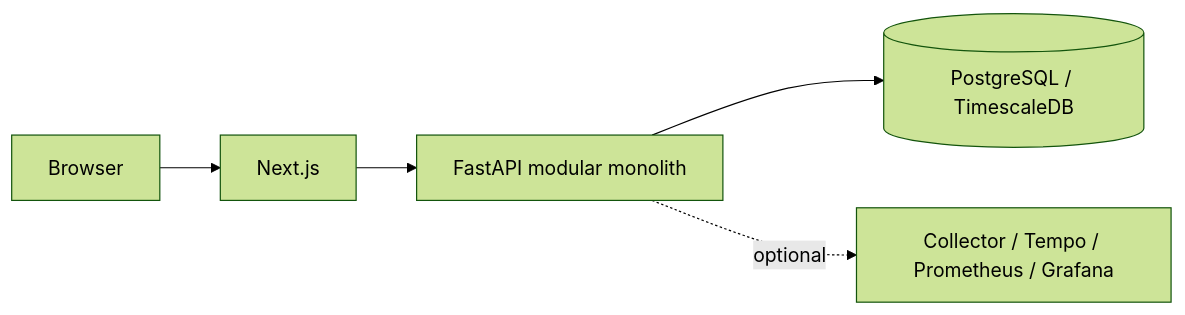
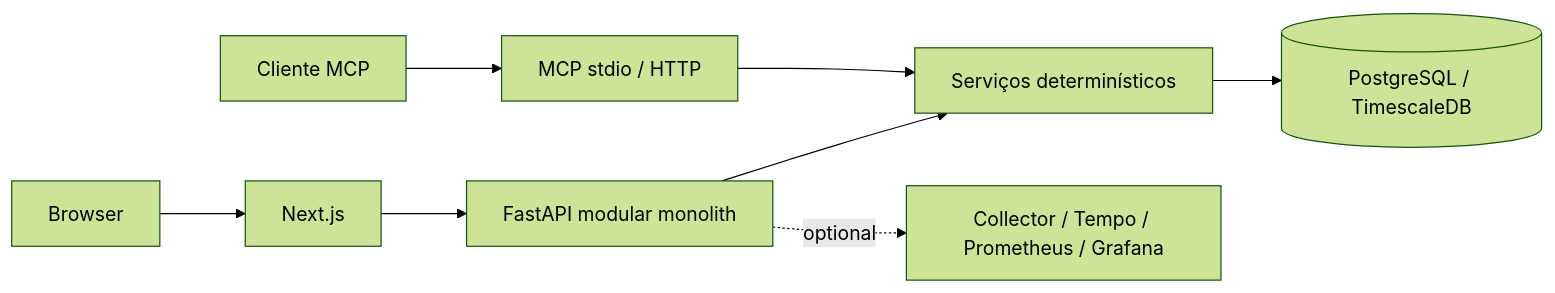
Before and after one commit to Brunobosso98/Vehicle-Intelligence-Platform: the diagram in README.md, drawn with Mermaid (forest theme). The commit also changed other lines of this file and 48 other files, not shown here.

````diff
--- a/README.md
+++ b/README.md
@@ -21,7 +21,10 @@
 ```mermaid
 flowchart LR
   Browser --> Web[Next.js]
   Web --> API[FastAPI modular monolith]
-  API --> DB[(PostgreSQL / TimescaleDB)]
+  API --> Domain[Serviços determinísticos]
+  MCPClient[Cliente MCP] --> MCP[MCP stdio / HTTP]
+  MCP --> Domain
+  Domain --> DB[(PostgreSQL / TimescaleDB)]
   API -. optional .-> OTel[Collector / Tempo / Prometheus / Grafana]
 ```
````
